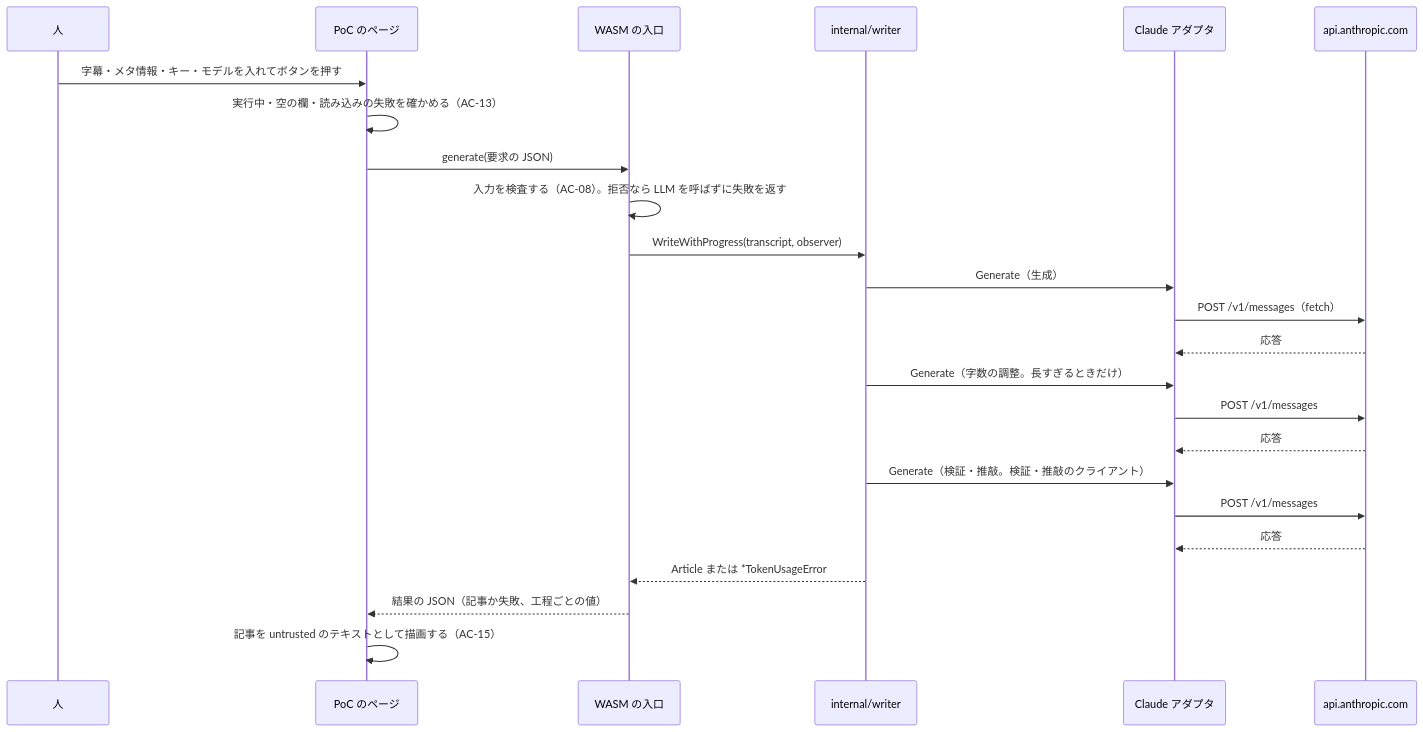
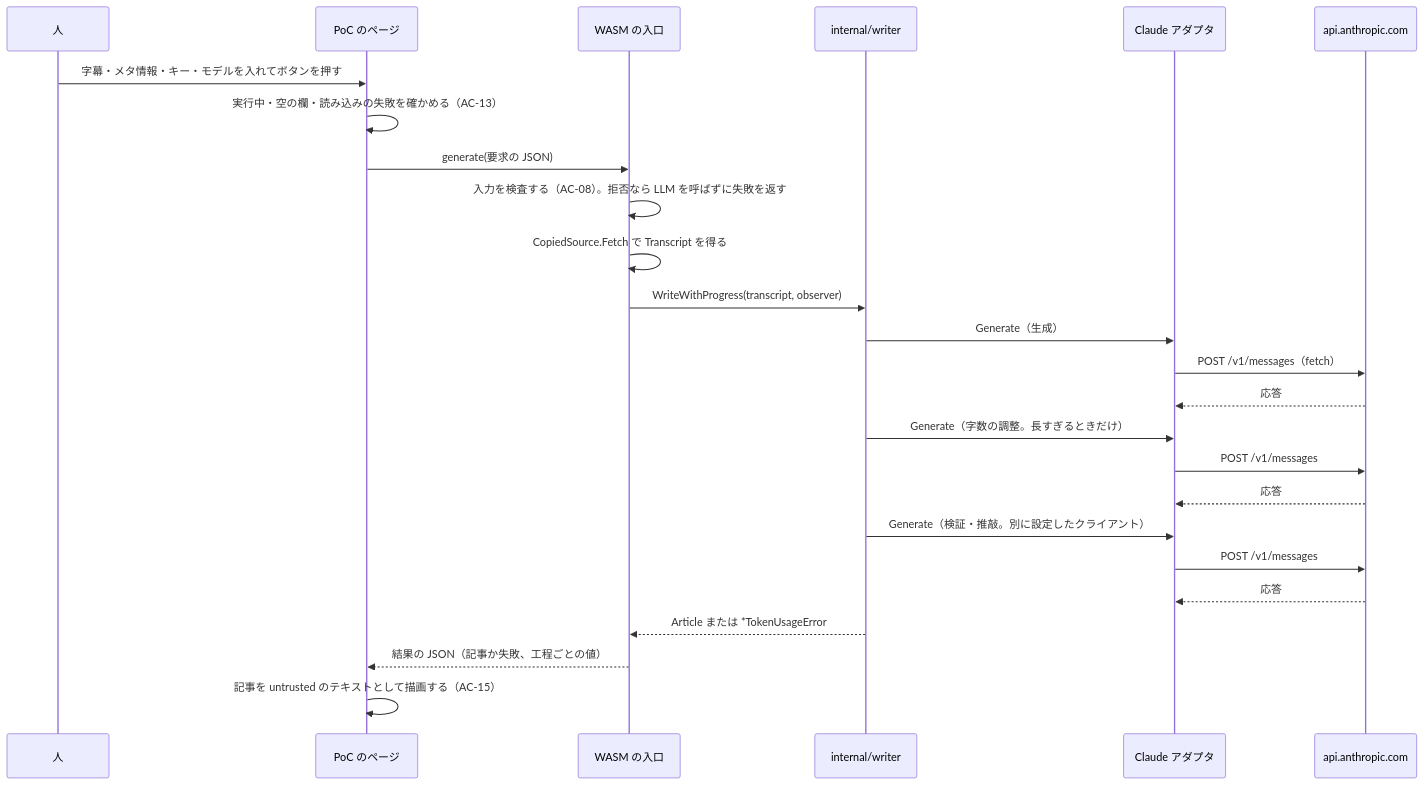
The fifth of 8 diagrams in docs/tasks/0084_wasm_pipeline_poc/02_architecture.md (isseis/yt2column), drawn with Mermaid before and after one commit. The commit also changed other lines of this file and 2 other files, not shown here.

First line of the commit message:
docs(0084): address the architecture review and the Japanese prose pass

````diff
--- a/docs/tasks/0084_wasm_pipeline_poc/02_architecture.md
+++ b/docs/tasks/0084_wasm_pipeline_poc/02_architecture.md
@@ -224,27 +262,28 @@
 ```mermaid
 sequenceDiagram
     participant U as 人
     participant P as PoC のページ
     participant W as WASM の入口
     participant WR as internal/writer
     participant C as Claude アダプタ
     participant A as api.anthropic.com
 
     U->>P: 字幕・メタ情報・キー・モデルを入れてボタンを押す
     P->>P: 実行中・空の欄・読み込みの失敗を確かめる（AC-13）
     P->>W: generate(要求の JSON)
     W->>W: 入力を検査する（AC-08）。拒否なら LLM を呼ばずに失敗を返す
+    W->>W: CopiedSource.Fetch で Transcript を得る
     W->>WR: WriteWithProgress(transcript, observer)
     WR->>C: Generate（生成）
     C->>A: POST /v1/messages（fetch）
     A-->>C: 応答
     WR->>C: Generate（字数の調整。長すぎるときだけ）
     C->>A: POST /v1/messages
     A-->>C: 応答
-    WR->>C: Generate（検証・推敲。検証・推敲のクライアント）
+    WR->>C: Generate（検証・推敲。別に設定したクライアント）
     C->>A: POST /v1/messages
     A-->>C: 応答
     WR-->>W: Article または *TokenUsageError
     W-->>P: 結果の JSON（記事か失敗、工程ごとの値）
     P->>P: 記事を untrusted のテキストとして描画する（AC-15）
 ```
````
